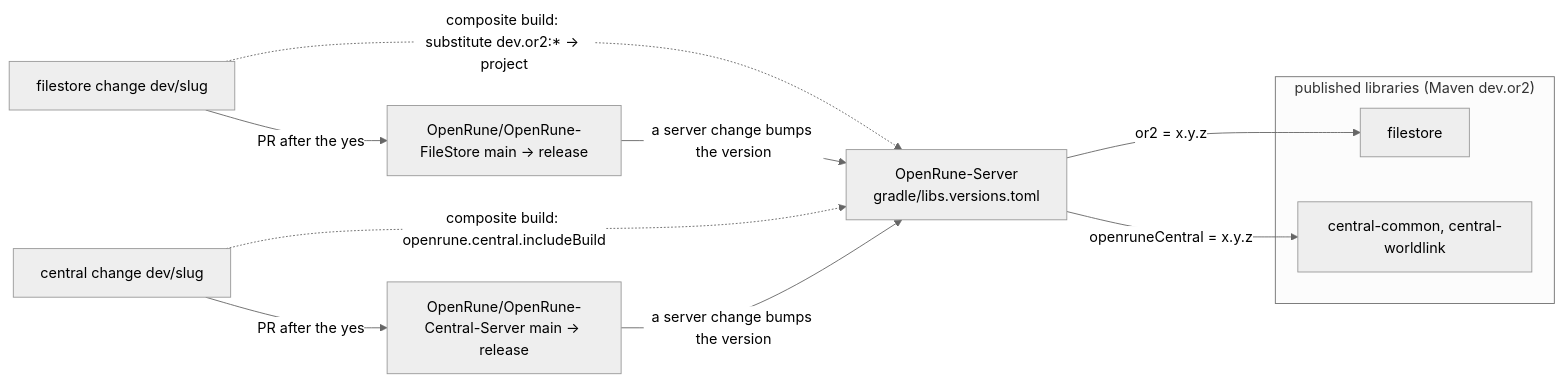
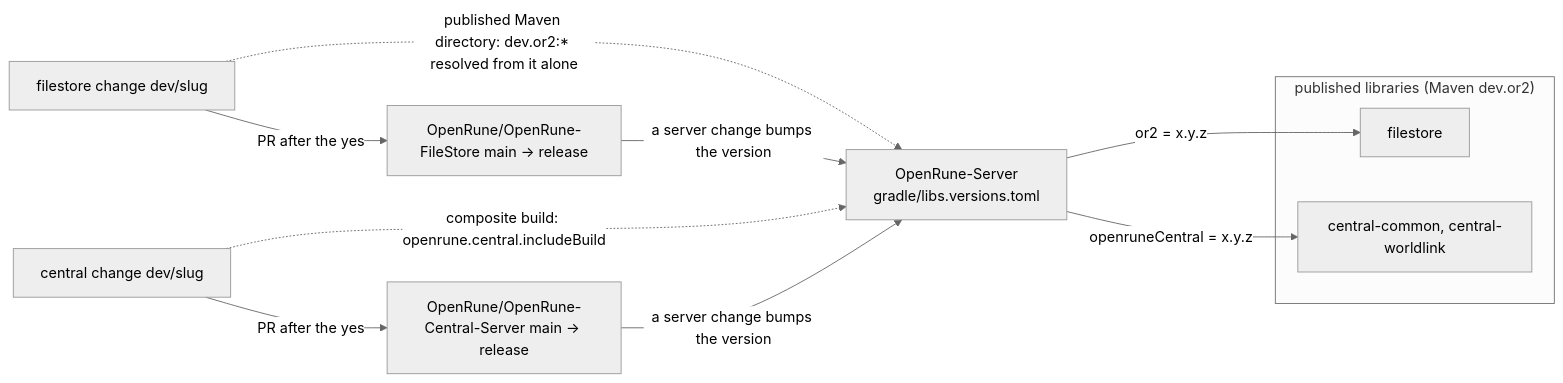
One commit to AlexPerrin/RuneHarness changed the sixth of 7 diagrams in docs/ARCHITECTURE.md. Above: the diagram before and after it, drawn with Mermaid (neutral theme). The commit also changed other lines of this file and 4 other files, not shown here.

Commit message:
filestore track: a head builds (bash ./gradlew, JDK 17, HOSTING_DIRECTORY set) and reaches a server build as a published Maven directory, not an included build whose accessors clash with the fork's

````diff
--- a/docs/ARCHITECTURE.md
+++ b/docs/ARCHITECTURE.md
@@ -571,15 +571,15 @@
 ```mermaid
 flowchart LR
   subgraph libs["published libraries (Maven dev.or2)"]
     FS["filestore"]
     CE["central-common, central-worldlink"]
   end
   FORK["OpenRune-Server<br/>gradle/libs.versions.toml"] -->|"or2 = x.y.z"| FS
   FORK -->|"openruneCentral = x.y.z"| CE
-  FSD["filestore change dev/slug"] -. "composite build: substitute dev.or2:* → project" .-> FORK
+  FSD["filestore change dev/slug"] -. "published Maven directory: dev.or2:* resolved from it alone" .-> FORK
   CED["central change dev/slug"] -. "composite build: openrune.central.includeBuild" .-> FORK
   FSD -->|"PR after the yes"| FSU["OpenRune/OpenRune-FileStore main → release"]
   CED -->|"PR after the yes"| CEU["OpenRune/OpenRune-Central-Server main → release"]
   FSU -->|"a server change bumps the version"| FORK
   CEU -->|"a server change bumps the version"| FORK
 ```
````
